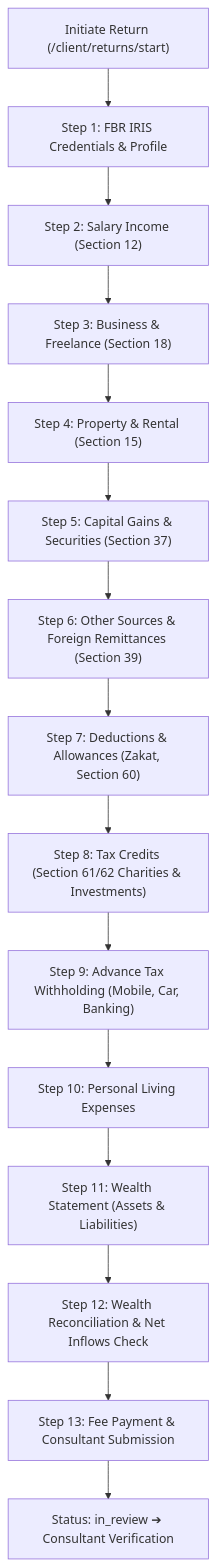
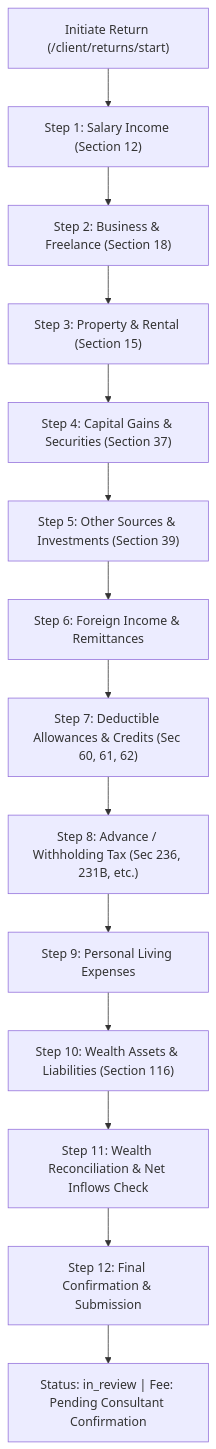
Before and after one commit to mouz313/Taxflilling: the fourth of 9 diagrams in APPLICATION_FLOW.md, drawn with Mermaid. The commit also changed other lines of this file and 14 other files, not shown here.

````diff
--- a/APPLICATION_FLOW.md
+++ b/APPLICATION_FLOW.md
@@ -158,17 +193,16 @@
 ```mermaid
 flowchart TD
-    Start["Initiate Return (/client/returns/start)"] --> S1["Step 1: FBR IRIS Credentials & Profile"]
-    S1 --> S2["Step 2: Salary Income (Section 12)"]
-    S2 --> S3["Step 3: Business & Freelance (Section 18)"]
-    S3 --> S4["Step 4: Property & Rental (Section 15)"]
-    S4 --> S5["Step 5: Capital Gains & Securities (Section 37)"]
-    S5 --> S6["Step 6: Other Sources & Foreign Remittances (Section 39)"]
-    S6 --> S7["Step 7: Deductions & Allowances (Zakat, Section 60)"]
-    S7 --> S8["Step 8: Tax Credits (Section 61/62 Charities & Investments)"]
-    S8 --> S9["Step 9: Advance Tax Withholding (Mobile, Car, Banking)"]
-    S9 --> S10["Step 10: Personal Living Expenses"]
-    S10 --> S11["Step 11: Wealth Statement (Assets & Liabilities)"]
-    S11 --> S12["Step 12: Wealth Reconciliation & Net Inflows Check"]
-    S12 --> S13["Step 13: Fee Payment & Consultant Submission"]
-    S13 --> Review["Status: in_review ➔ Consultant Verification"]
+    Start["Initiate Return (/client/returns/start)"] --> S1["Step 1: Salary Income (Section 12)"]
+    S1 --> S2["Step 2: Business & Freelance (Section 18)"]
+    S2 --> S3["Step 3: Property & Rental (Section 15)"]
+    S3 --> S4["Step 4: Capital Gains & Securities (Section 37)"]
+    S4 --> S5["Step 5: Other Sources & Investments (Section 39)"]
+    S5 --> S6["Step 6: Foreign Income & Remittances"]
+    S6 --> S7["Step 7: Deductible Allowances & Credits (Sec 60, 61, 62)"]
+    S7 --> S8["Step 8: Advance / Withholding Tax (Sec 236, 231B, etc.)"]
+    S8 --> S9["Step 9: Personal Living Expenses"]
+    S9 --> S10["Step 10: Wealth Assets & Liabilities (Section 116)"]
+    S10 --> S11["Step 11: Wealth Reconciliation & Net Inflows Check"]
+    S11 --> S12["Step 12: Final Confirmation & Submission"]
+    S12 --> Review["Status: in_review | Fee: Pending Consultant Confirmation"]
 ```
````
